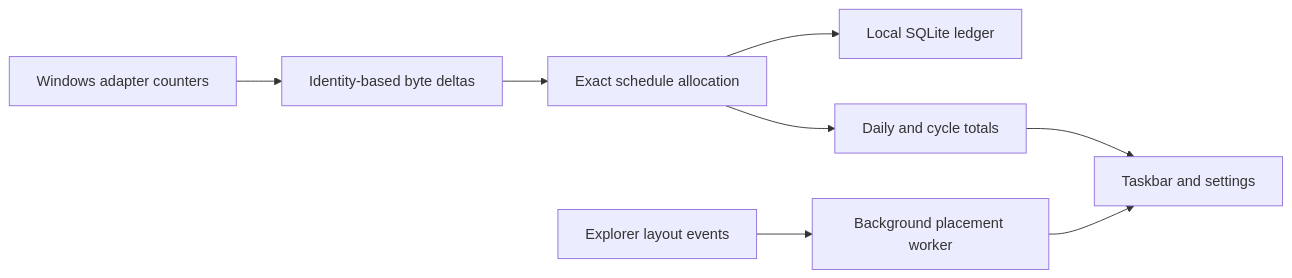
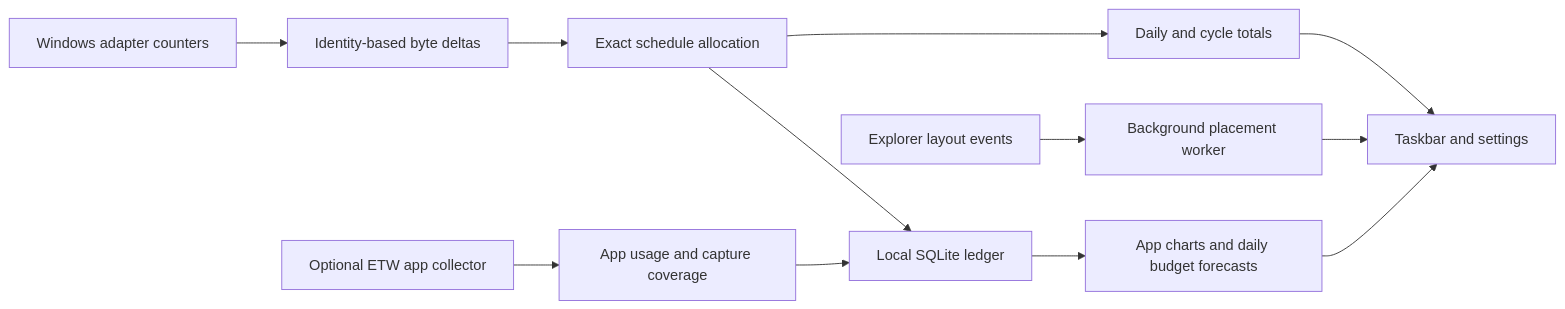
The diagram in README.md (Avishka-Udara/NetPulse), drawn with Mermaid before and after one commit. The commit also changed other lines of this file, not shown here.

````diff
--- a/README.md
+++ b/README.md
@@ -183,10 +185,14 @@
 ```mermaid
 flowchart LR
     W[Windows adapter counters] --> D[Identity-based byte deltas]
     D --> A[Exact schedule allocation]
     A --> L[Local SQLite ledger]
     A --> V[Daily and cycle totals]
     V --> U[Taskbar and settings]
     E[Explorer layout events] --> P[Background placement worker]
     P --> U
+    T[Optional ETW app collector] --> H[App usage and capture coverage]
+    H --> L
+    L --> C[App charts and daily budget forecasts]
+    C --> U
 ```
````
